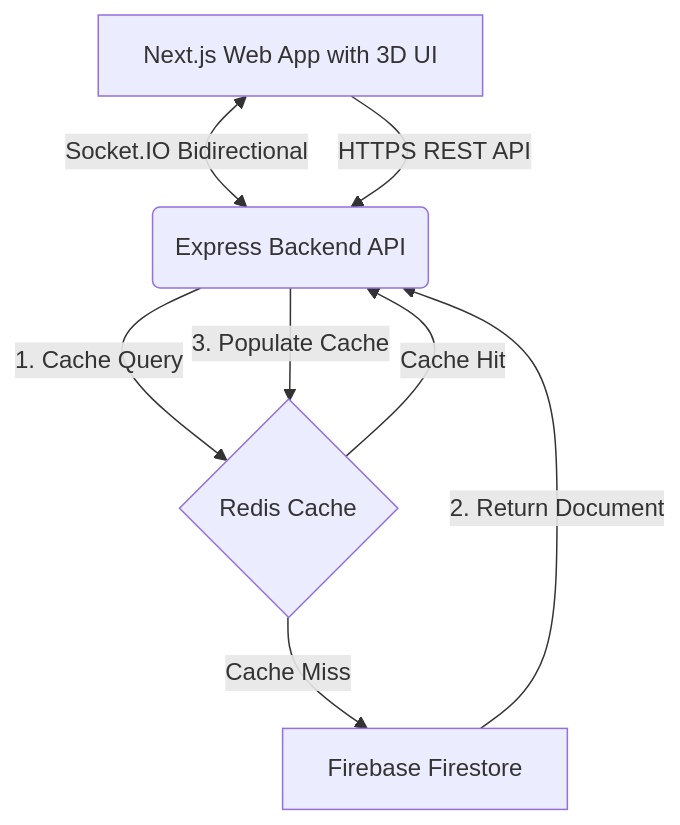
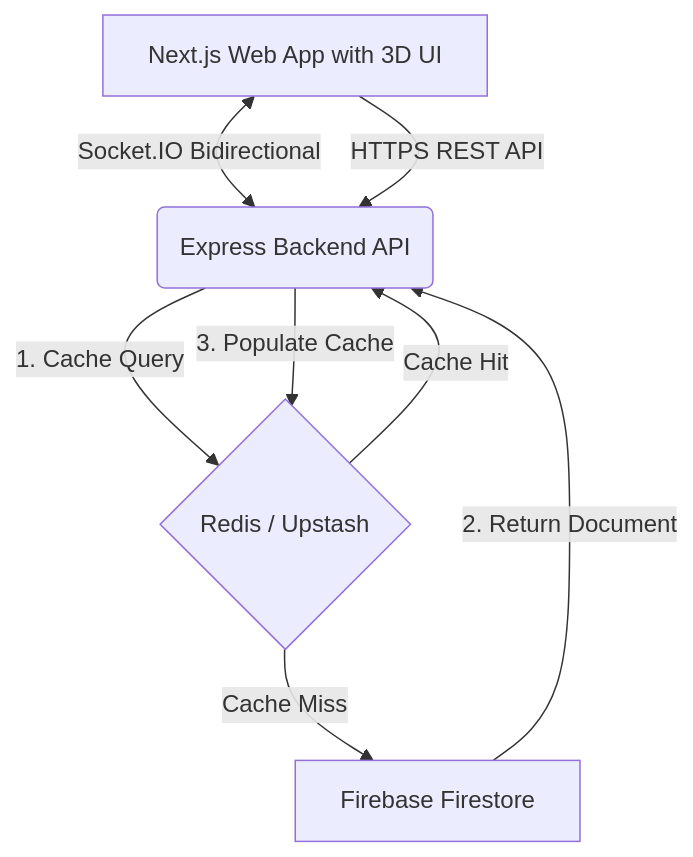
The diagram in README.md (pranansh-s/xhess), drawn with Mermaid before and after one commit. The commit also changed other lines of this file and 41 other files, not shown here.

````diff
--- a/README.md
+++ b/README.md
@@ -53,10 +56,10 @@
 ```mermaid
 graph TD
     A[Next.js Web App with 3D UI] <-->|Socket.IO Bidirectional| B(Express Backend API)
     A -->|HTTPS REST API| B
-    B -->|1. Cache Query| C{Redis Cache}
+    B -->|1. Cache Query| C{Redis / Upstash}
     C -->|Cache Hit| B
     C -->|Cache Miss| D[Firebase Firestore]
     D -->|2. Return Document| B
     B -->|3. Populate Cache| C
 ```
````
